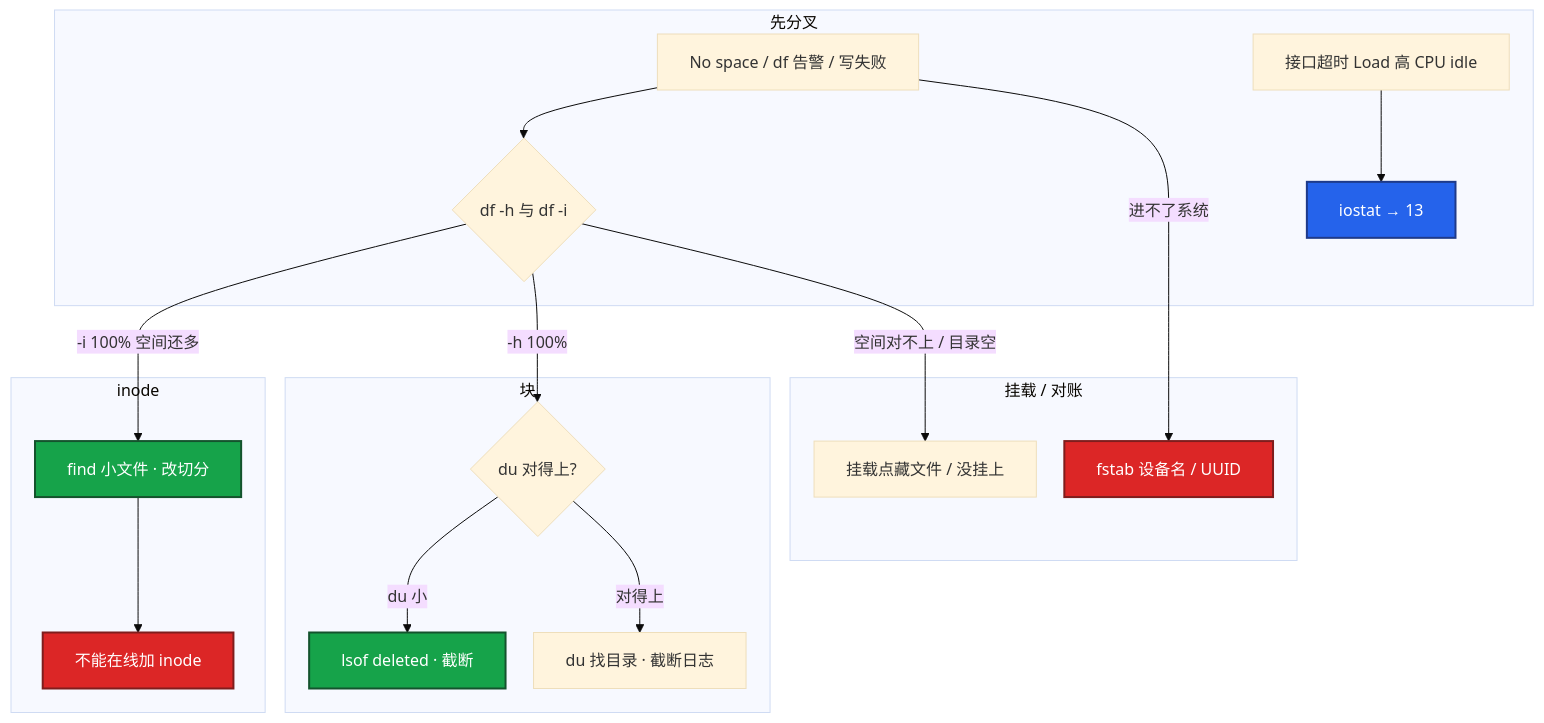
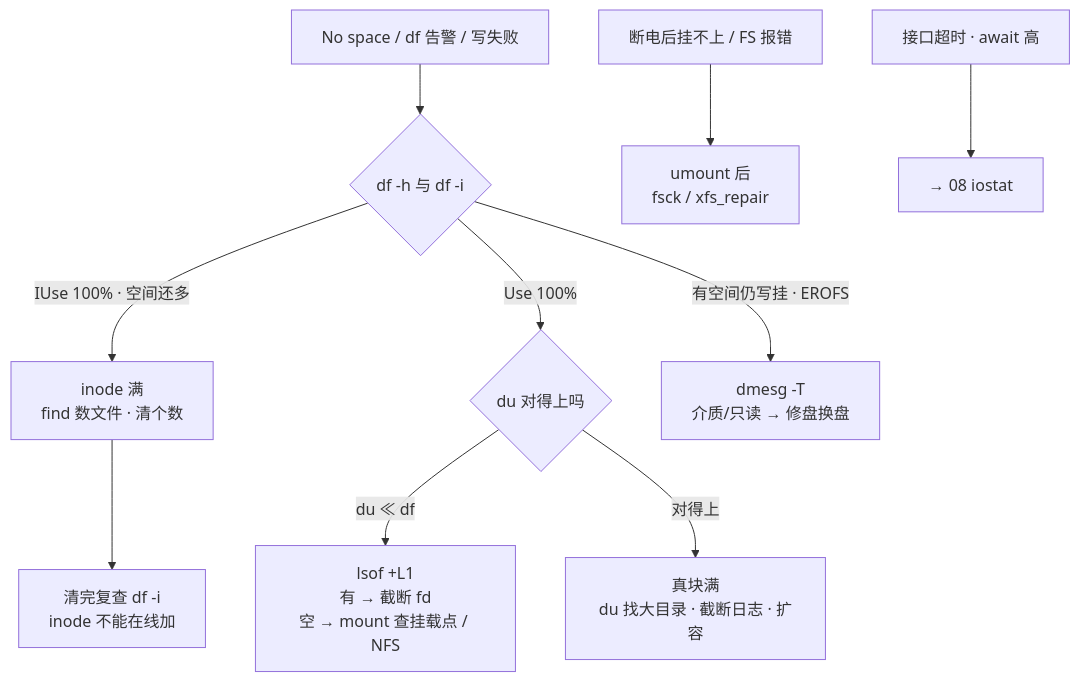
One commit to ml-cuizijun/LearnToLilith changed the eighth of 8 diagrams in 01-基础底座/09-文件系统与inode/知识点.md. Above: the diagram before and after it, drawn with Mermaid. The commit also changed other lines of this file and 470 other files, not shown here.

````diff
--- a/01-基础底座/09-文件系统与inode/知识点.md
+++ b/01-基础底座/09-文件系统与inode/知识点.md
@@ -986,31 +489,12 @@
 ```mermaid
-%%{init: {"flowchart": {"padding": 16, "nodeSpacing": 28, "rankSpacing": 48}, "theme": "base"}}%%
 flowchart TB
-    subgraph gate ["先分叉"]
-        A["No space / df 告警 / 写失败"] --> B{"df -h 与 df -i"}
-        A2["接口超时 Load 高 CPU idle"] --> IO["iostat → 13"]
-    end
-
-    subgraph inode ["inode"]
-        B -->|-i 100% 空间还多| C[find 小文件 · 改切分]
-        C --> D[不能在线加 inode]
-    end
-
-    subgraph block ["块"]
-        B -->|-h 100%| E{du 对得上?}
-        E -->|du 小| F[lsof deleted · 截断]
-        E -->|对得上| G[du 找目录 · 截断日志]
-    end
-
-    subgraph mnt ["挂载 / 对账"]
-        B -->|空间对不上 / 目录空| H[挂载点藏文件 / 没挂上]
-        A -->|进不了系统| I[fstab 设备名 / UUID]
-    end
-
-    classDef bad fill:#DC2626,stroke:#7F1D1D,stroke-width:2px,color:#fff
-    classDef ok fill:#16A34A,stroke:#14532D,stroke-width:2px,color:#fff
-    classDef io fill:#2563EB,stroke:#1E3A8A,stroke-width:2px,color:#fff
-    class D,I bad
-    class F,C ok
-    class IO io
+    A["No space / df 告警 / 写失败"] --> B{"df -h 与 df -i"}
+    B -->|"IUse 100% · 空间还多"| C["inode 满<br/>find 数文件 · 清个数"]
+    B -->|"Use 100%"| D{"du 对得上吗"}
+    D -->|"du ≪ df"| E["lsof +L1<br/>有 → 截断 fd<br/>空 → mount 查挂载点 / NFS"]
+    D -->|对得上| F["真块满<br/>du 找大目录 · 截断日志 · 扩容"]
+    B -->|"有空间仍写挂 · EROFS"| G["dmesg -T<br/>介质/只读 → 修盘换盘"]
+    C --> H["清完复查 df -i<br/>inode 不能在线加"]
+    A2["断电后挂不上 / FS 报错"] --> I["umount 后<br/>fsck / xfs_repair"]
+    A3["接口超时 · await 高"] --> J["→ 08 iostat"]
 ```
````
